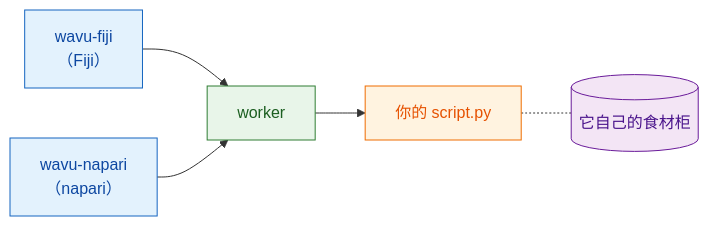
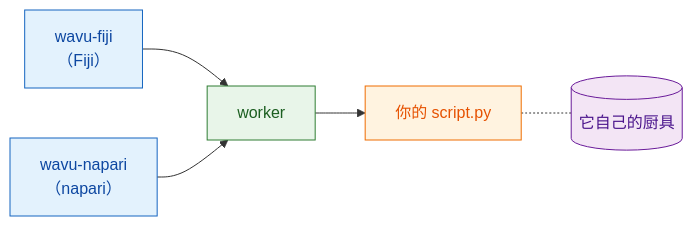
One commit to Oxford-Zeiss-Centre-of-Excellence/Wavu changed the diagram in guide/model/what-is-wavu.zh-Hans.md. Above: the diagram before and after it, drawn with Mermaid. The commit also changed other lines of this file and 221 other files, not shown here.

````diff
--- a/guide/model/what-is-wavu.zh-Hans.md
+++ b/guide/model/what-is-wavu.zh-Hans.md
@@ -35,17 +36,17 @@
 ```mermaid
 flowchart LR
     F["wavu-fiji<br/>（Fiji）"]:::fiji
     N["wavu-napari<br/>（napari）"]:::fiji
     W["worker"]:::worker
     S["你的 script.py"]:::script
-    E[("它自己的食材柜")]:::env
+    E[("它自己的厨具")]:::env
     F --> W
     N --> W
     W --> S
     S -.- E
 
     classDef fiji   fill:#e3f2fd,stroke:#1565c0,color:#0d47a1
     classDef worker fill:#e8f5e9,stroke:#2e7d32,color:#1b5e20
     classDef script fill:#fff3e0,stroke:#ef6c00,color:#e65100
     classDef env    fill:#f3e5f5,stroke:#6a1b9a,color:#4a148c
 ```
````
